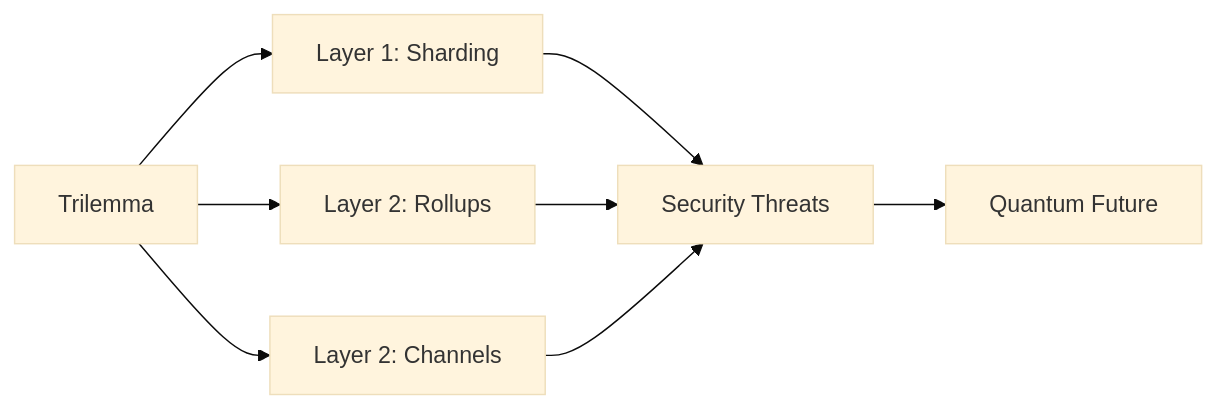
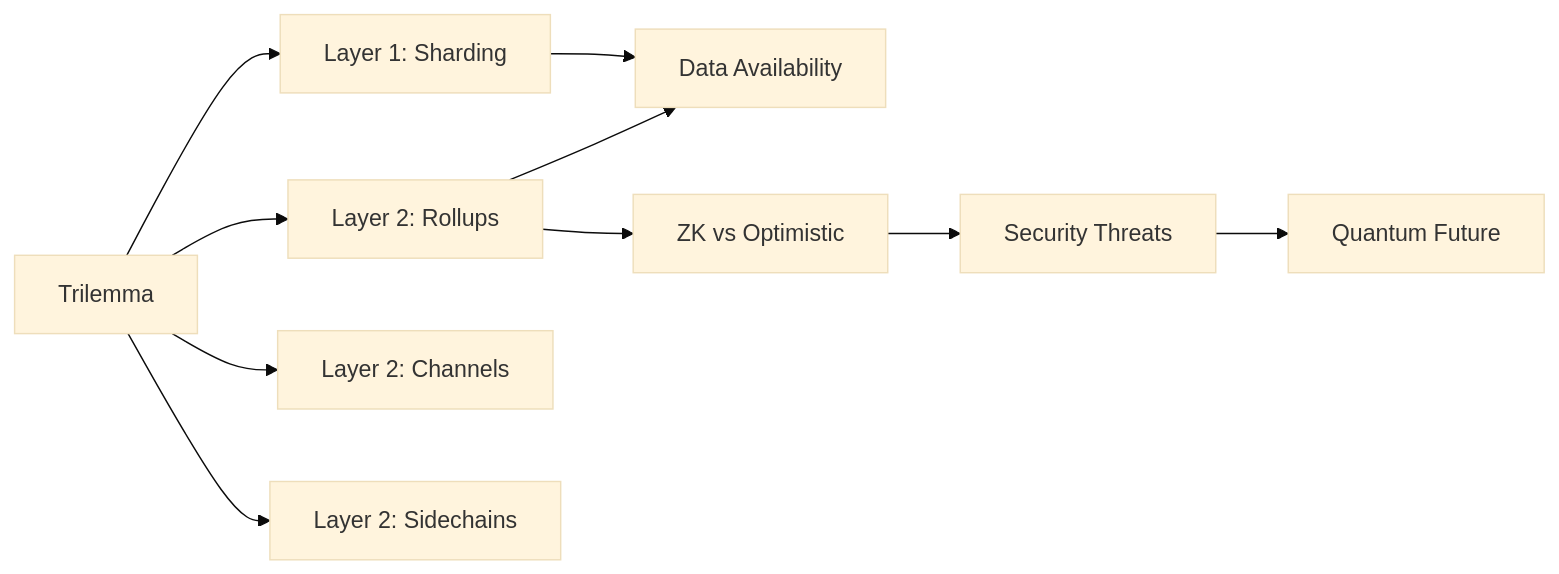
One commit to Raushan666java/ai-engineering-journey changed the first of 9 diagrams in docs/courses/blockchain/10-security-scalability.md. Above: the diagram before and after it, drawn with Mermaid (base theme). The commit also changed other lines of this file and 62 other files, not shown here.

````diff
--- a/docs/courses/blockchain/10-security-scalability.md
+++ b/docs/courses/blockchain/10-security-scalability.md
@@ -27,10 +32,12 @@
 ```mermaid
 flowchart LR
     A[Trilemma] --> B[Layer 1: Sharding]
     A --> C[Layer 2: Rollups]
     A --> D[Layer 2: Channels]
-    B --> E[Security Threats]
-    C --> E
-    D --> E
-    E --> F[Quantum Future]
+    A --> E[Layer 2: Sidechains]
+    B --> F[Data Availability]
+    C --> F
+    C --> G[ZK vs Optimistic]
+    G --> H[Security Threats]
+    H --> I[Quantum Future]
 ```
````
